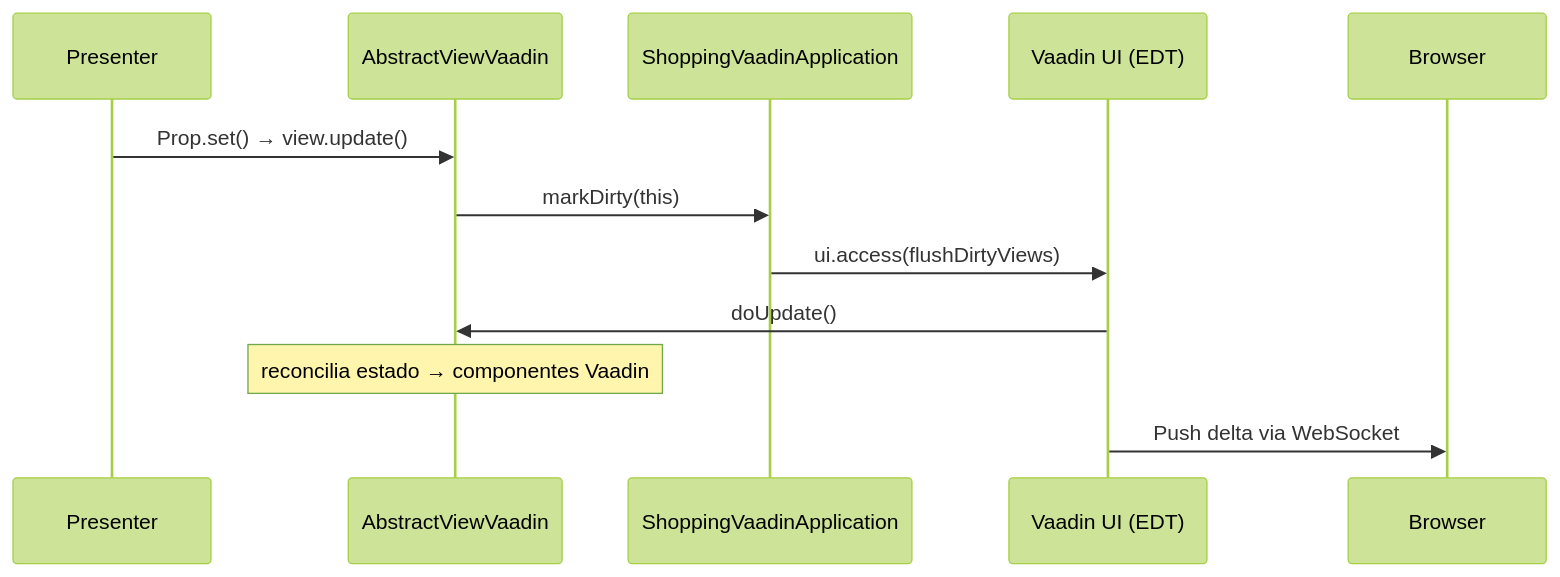
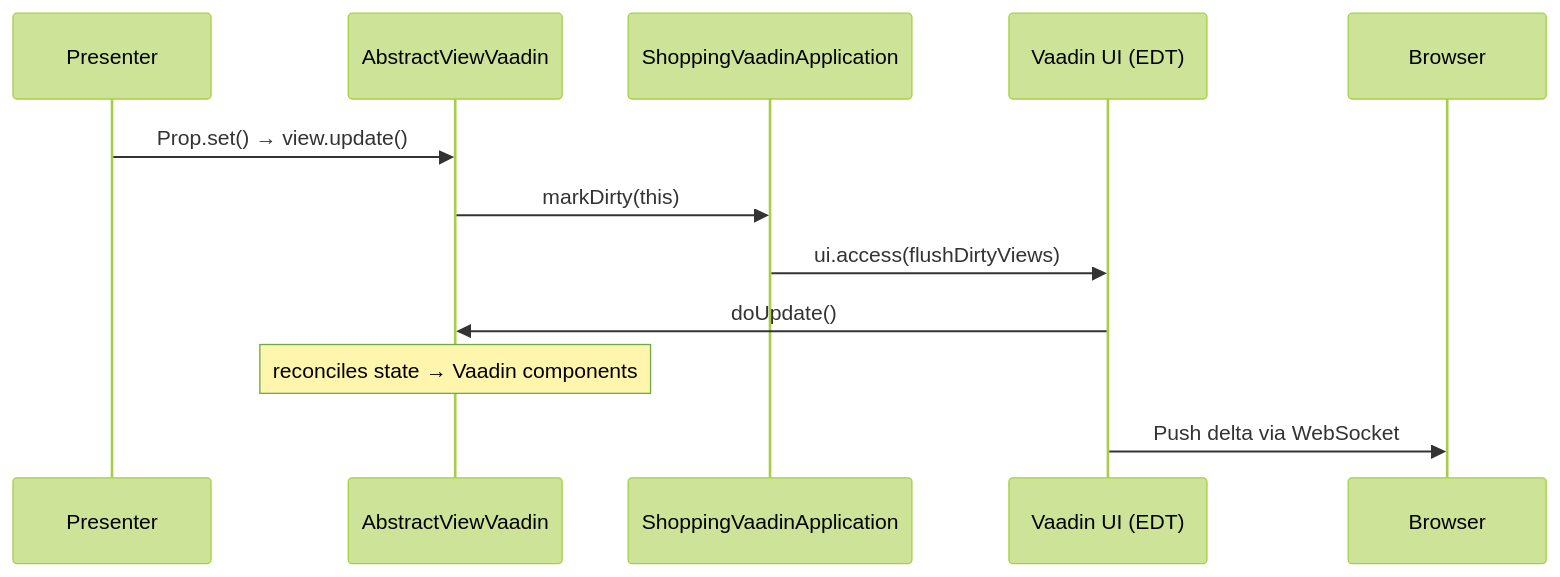
One commit to mrcdom/wdc-cube-java-v2 changed the second of 4 diagrams in fontes/br.com.wdc.shopping/br.com.wdc.shopping.view.vaadin/README.md. Above: the diagram before and after it, drawn with Mermaid (forest theme). The commit also changed other lines of this file and 69 other files, not shown here.

````diff
--- a/fontes/br.com.wdc.shopping/br.com.wdc.shopping.view.vaadin/README.md
+++ b/fontes/br.com.wdc.shopping/br.com.wdc.shopping.view.vaadin/README.md
@@ -211,15 +211,15 @@
 ```mermaid
 sequenceDiagram
     participant P as Presenter
     participant V as AbstractViewVaadin
     participant A as ShoppingVaadinApplication
     participant UI as Vaadin UI (EDT)
     participant B as Browser
 
     P->>V: Prop.set() → view.update()
     V->>A: markDirty(this)
     A->>UI: ui.access(flushDirtyViews)
     UI->>V: doUpdate()
-    Note over V: reconcilia estado → componentes Vaadin
+    Note over V: reconciles state → Vaadin components
     UI->>B: Push delta via WebSocket
 ```
````
